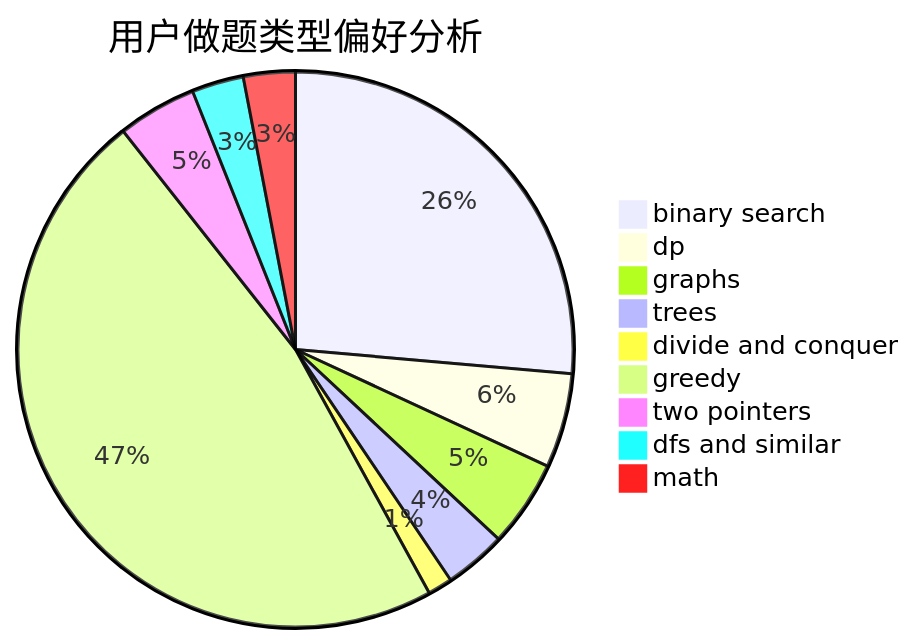
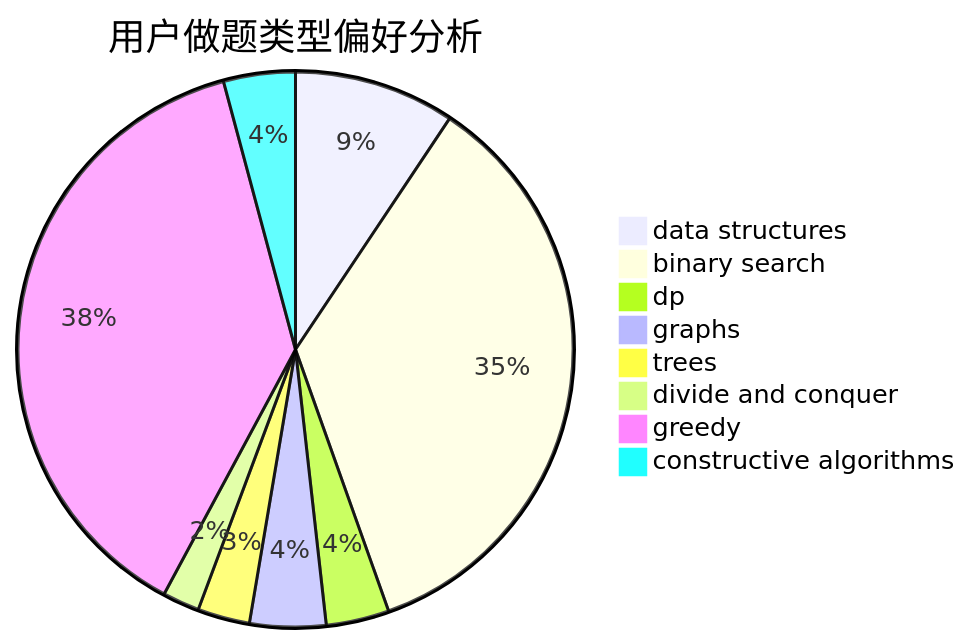
One commit to sherpahu/cfrs.github.io changed the second of 3 diagrams in docs/user/u1428.md. Above: the diagram before and after it, drawn with Mermaid. The commit also changed other lines of this file and 2775 other files, not shown here.

````diff
--- a/docs/user/u1428.md
+++ b/docs/user/u1428.md
@@ -23,12 +23,11 @@
 ```mermaid
 pie title 用户做题类型偏好分析
-    "binary search" :  350
-    "dp" :  73
-    "graphs" :  67
-    "trees" :  48
-    "divide and conquer" :  19
-    "greedy" :  628
-    "two pointers" :  61
-    "dfs and similar" :  40
-    "math" :  40
+    "data structures" :  74
+    "binary search" :  278
+    "dp" :  29
+    "graphs" :  35
+    "trees" :  24
+    "divide and conquer" :  17
+    "greedy" :  300
+    "constructive algorithms" :  33
 ```
````
